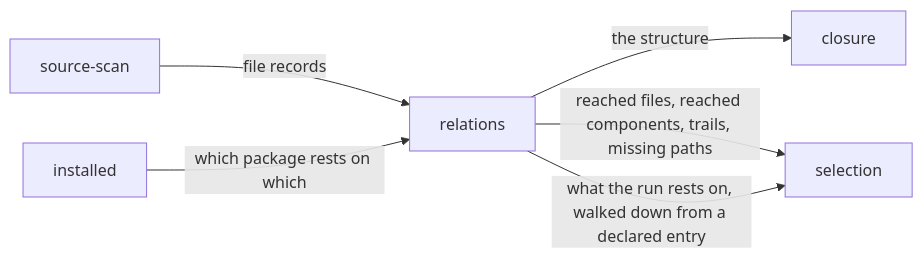
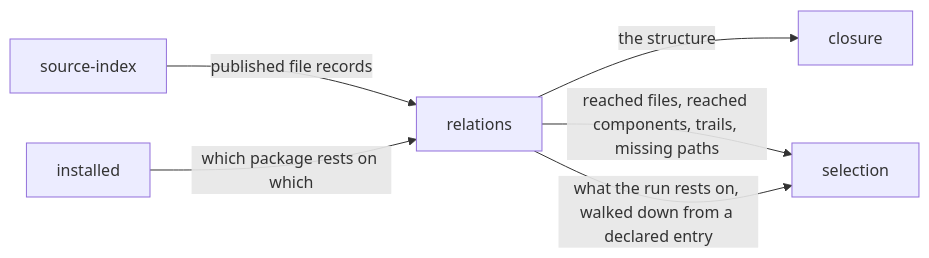
The diagram in .compass/variance-authority/reach/relations/README.md (Variance-Authority/variance-authority), drawn with Mermaid before and after one commit. The commit also changed other lines of this file and 15 other files, not shown here.

First line of the commit message:
feat(index): a worktree starts from the primary checkout's index, and a file nobody could read is published

````diff
--- a/.compass/variance-authority/reach/relations/README.md
+++ b/.compass/variance-authority/reach/relations/README.md
@@ -98,8 +98,8 @@
 ```mermaid
 flowchart LR
-  SCAN[source-scan] -->|file records| REL[relations]
+  IDX[source-index] -->|published file records| REL[relations]
   INS[installed] -->|which package rests on which| REL
   REL -->|the structure| CLO[closure]
   REL -->|reached files, reached components, trails, missing paths| SEL[selection]
   REL -->|what the run rests on, walked down from a declared entry| SEL
 ```
````
